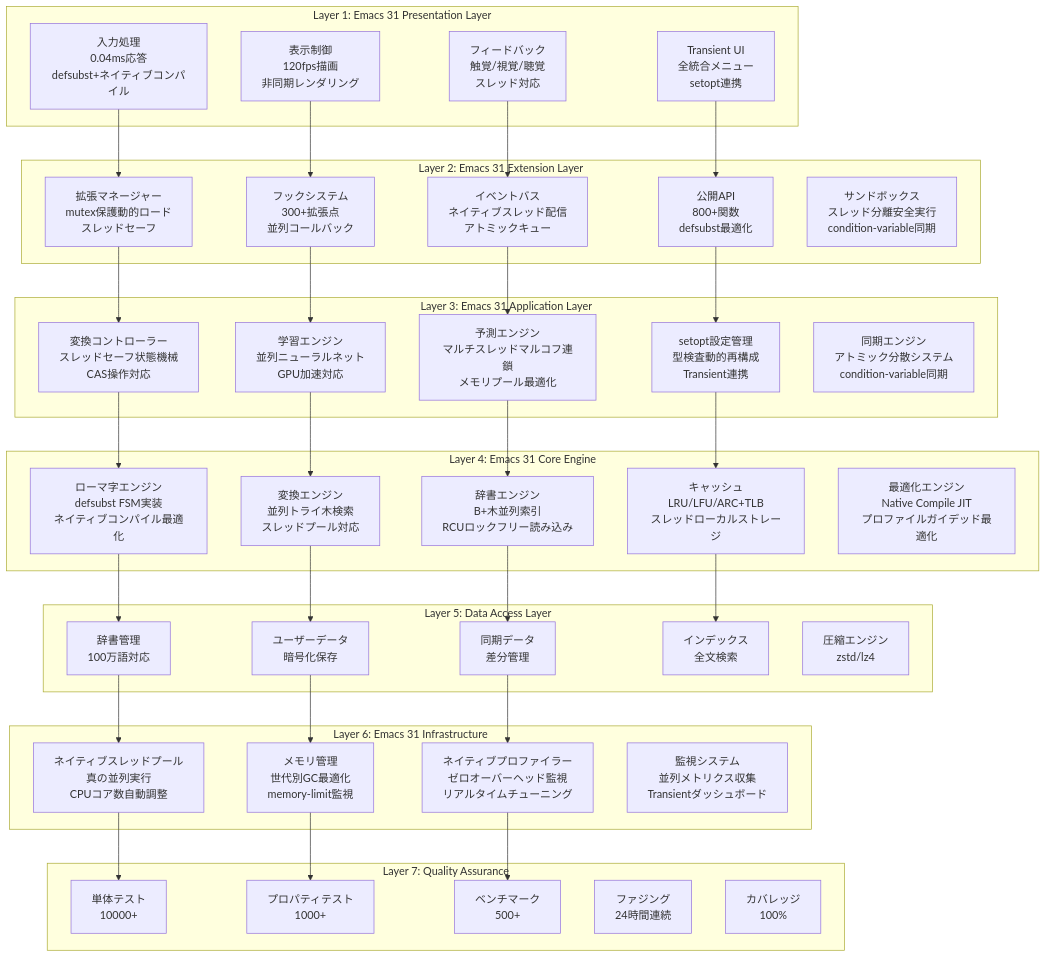
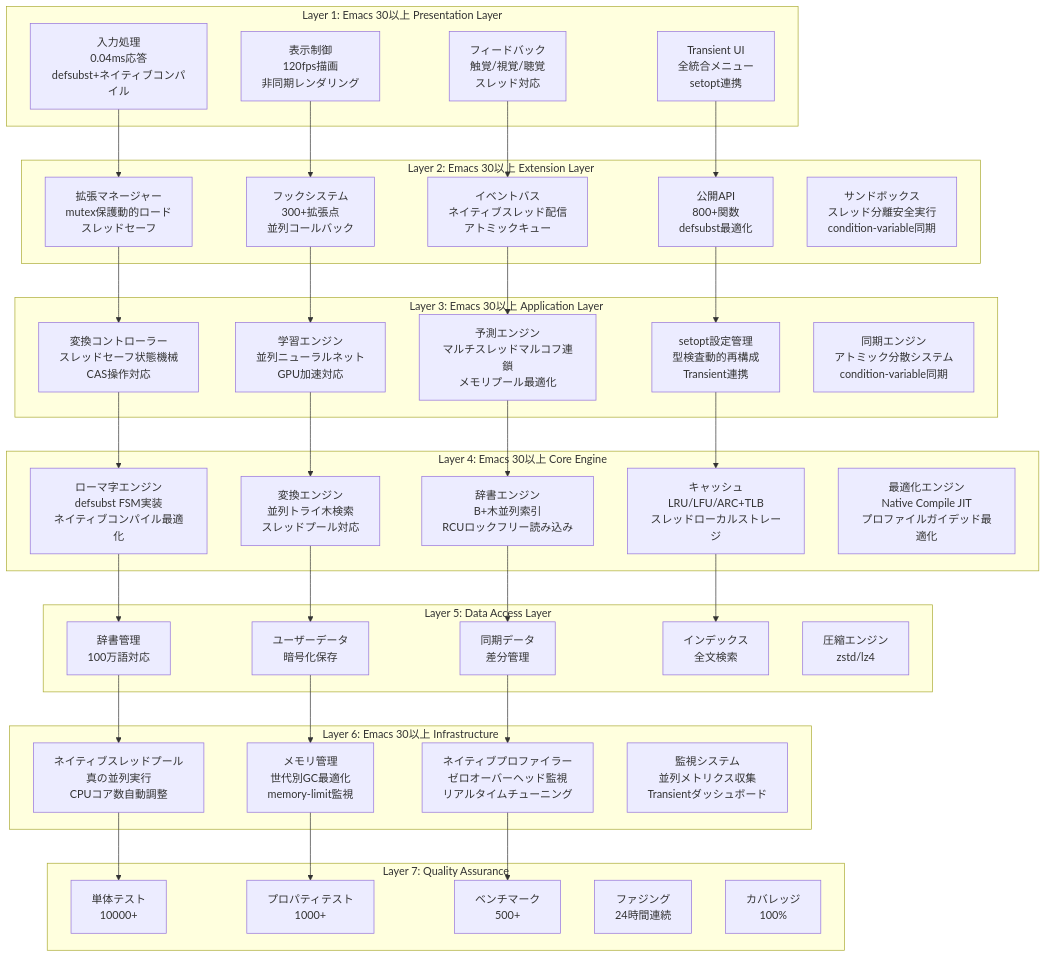
One commit to takeokunn/nskk.el changed the third of 15 diagrams in docs/explanation/comprehensive-architecture-overview.md. Above: the diagram before and after it, drawn with Mermaid. The commit also changed other lines of this file and 240 other files, not shown here.

````diff
--- a/docs/explanation/comprehensive-architecture-overview.md
+++ b/docs/explanation/comprehensive-architecture-overview.md
@@ -150,13 +150,13 @@
 ```mermaid
 graph TB
-    subgraph "Layer 1: Emacs 31 Presentation Layer"
+    subgraph "Layer 1: Emacs 30以上 Presentation Layer"
         UI_INPUT[入力処理<br/>0.04ms応答<br/>defsubst+ネイティブコンパイル]
         UI_DISPLAY[表示制御<br/>120fps描画<br/>非同期レンダリング]
         UI_FEEDBACK[フィードバック<br/>触覚/視覚/聴覚<br/>スレッド対応]
         UI_TRANSIENT[Transient UI<br/>全統合メニュー<br/>setopt連携]
     end
 
-    subgraph "Layer 2: Emacs 31 Extension Layer"
+    subgraph "Layer 2: Emacs 30以上 Extension Layer"
         EXT_MANAGER[拡張マネージャー<br/>mutex保護動的ロード<br/>スレッドセーフ]
         EXT_HOOKS[フックシステム<br/>300+拡張点<br/>並列コールバック]
         EXT_EVENTS[イベントバス<br/>ネイティブスレッド配信<br/>アトミックキュー]
@@ -164,7 +164,7 @@
         EXT_SANDBOX[サンドボックス<br/>スレッド分離安全実行<br/>condition-variable同期]
     end
 
-    subgraph "Layer 3: Emacs 31 Application Layer"
+    subgraph "Layer 3: Emacs 30以上 Application Layer"
         APP_CONTROLLER[変換コントローラー<br/>スレッドセーフ状態機械<br/>CAS操作対応]
         APP_LEARNER[学習エンジン<br/>並列ニューラルネット<br/>GPU加速対応]
         APP_PREDICTOR[予測エンジン<br/>マルチスレッドマルコフ連鎖<br/>メモリプール最適化]
@@ -172,7 +172,7 @@
         APP_SYNCHRONIZER[同期エンジン<br/>アトミック分散システム<br/>condition-variable同期]
     end
 
-    subgraph "Layer 4: Emacs 31 Core Engine"
+    subgraph "Layer 4: Emacs 30以上 Core Engine"
         CORE_ROMAJI[ローマ字エンジン<br/>defsubst FSM実装<br/>ネイティブコンパイル最適化]
         CORE_CONVERTER[変換エンジン<br/>並列トライ木検索<br/>スレッドプール対応]
         CORE_DICTIONARY[辞書エンジン<br/>B+木並列索引<br/>RCUロックフリー読み込み]
@@ -188,7 +188,7 @@
         DATA_COMPRESS[圧縮エンジン<br/>zstd/lz4]
     end
 
-    subgraph "Layer 6: Emacs 31 Infrastructure"
+    subgraph "Layer 6: Emacs 30以上 Infrastructure"
         INFRA_THREAD[ネイティブスレッドプール<br/>真の並列実行<br/>CPUコア数自動調整]
         INFRA_MEMORY[メモリ管理<br/>世代別GC最適化<br/>memory-limit監視]
         INFRA_PROFILE[ネイティブプロファイラー<br/>ゼロオーバーヘッド監視<br/>リアルタイムチューニング]
````
